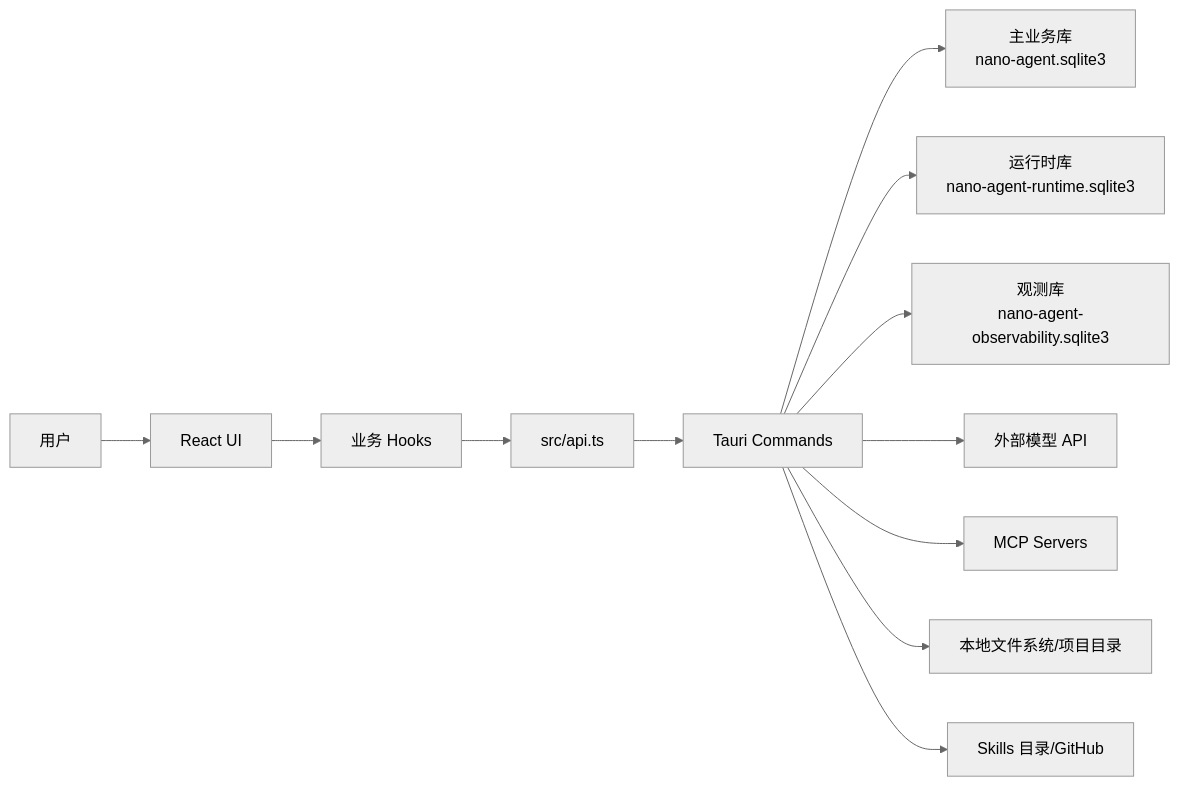
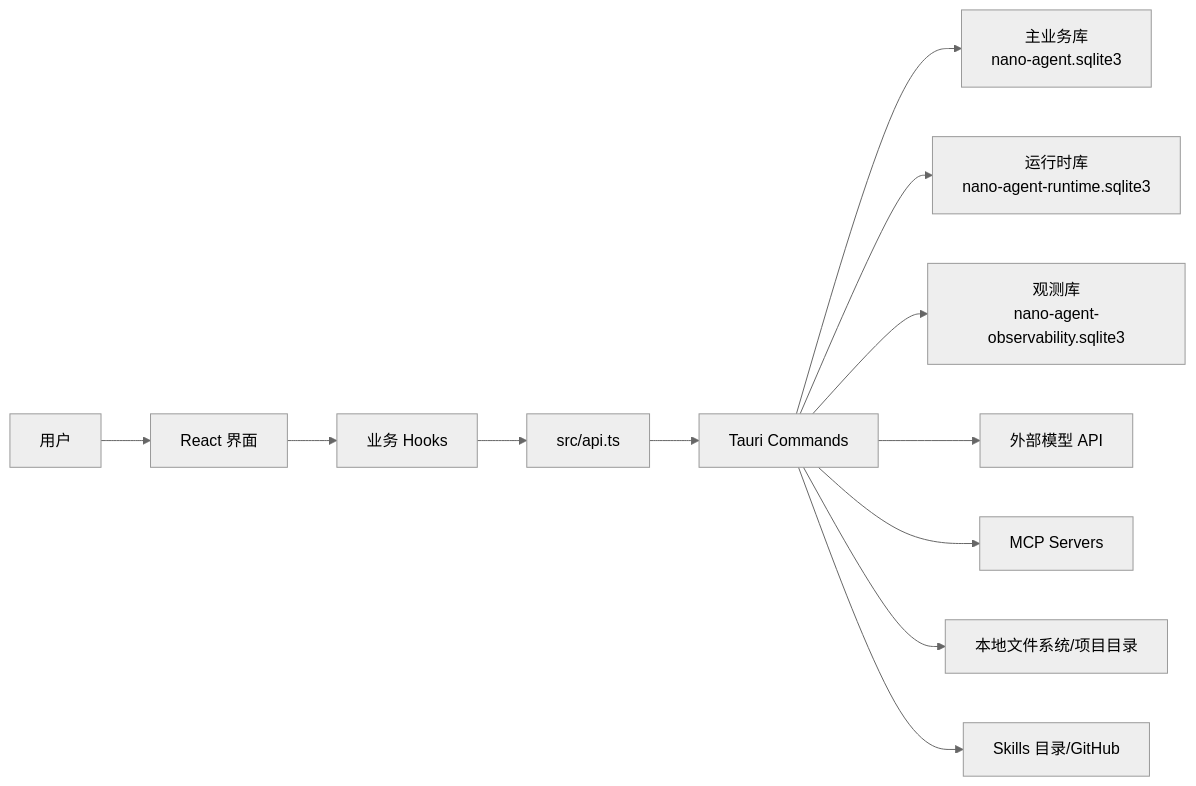
One commit to NanoAgentCode/NanoAgent changed the diagram in docs/系统设计文档.md. Above: the diagram before and after it, drawn with Mermaid (neutral theme). The commit also changed other lines of this file and 14 other files, not shown here.

Commit message:
完善 OCR 图片上传与启动性能优化

````diff
--- a/docs/系统设计文档.md
+++ b/docs/系统设计文档.md
@@ -28,14 +29,14 @@
 ```mermaid
 flowchart LR
-  User["用户"] --> UI["React UI"]
-  UI --> Hooks["业务 Hooks"]
-  Hooks --> Api["src/api.ts"]
-  Api --> Commands["Tauri Commands"]
-  Commands --> DB["主业务库\nnano-agent.sqlite3"]
-  Commands --> Runtime["运行时库\nnano-agent-runtime.sqlite3"]
-  Commands --> Obs["观测库\nnano-agent-observability.sqlite3"]
-  Commands --> LLM["外部模型 API"]
-  Commands --> MCP["MCP Servers"]
-  Commands --> FS["本地文件系统/项目目录"]
-  Commands --> Skills["Skills 目录/GitHub"]
+  用户["用户"] --> 界面["React 界面"]
+  界面 --> 状态["业务 Hooks"]
+  状态 --> 接口["src/api.ts"]
+  接口 --> 命令["Tauri Commands"]
+  命令 --> DB["主业务库\nnano-agent.sqlite3"]
+  命令 --> Runtime["运行时库\nnano-agent-runtime.sqlite3"]
+  命令 --> Obs["观测库\nnano-agent-observability.sqlite3"]
+  命令 --> LLM["外部模型 API"]
+  命令 --> MCP["MCP Servers"]
+  命令 --> FS["本地文件系统/项目目录"]
+  命令 --> Skills["Skills 目录/GitHub"]
 ```
````
